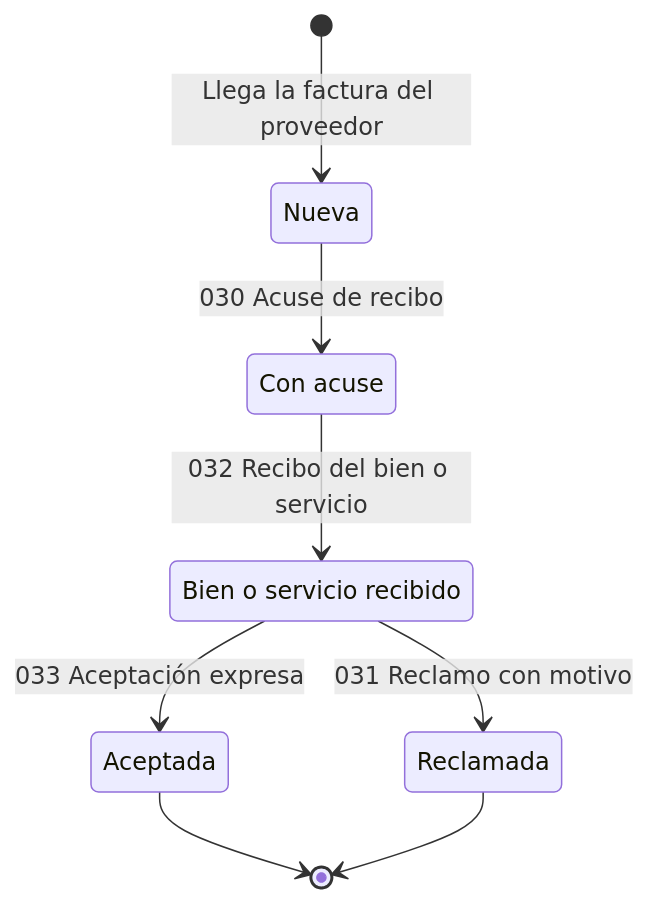
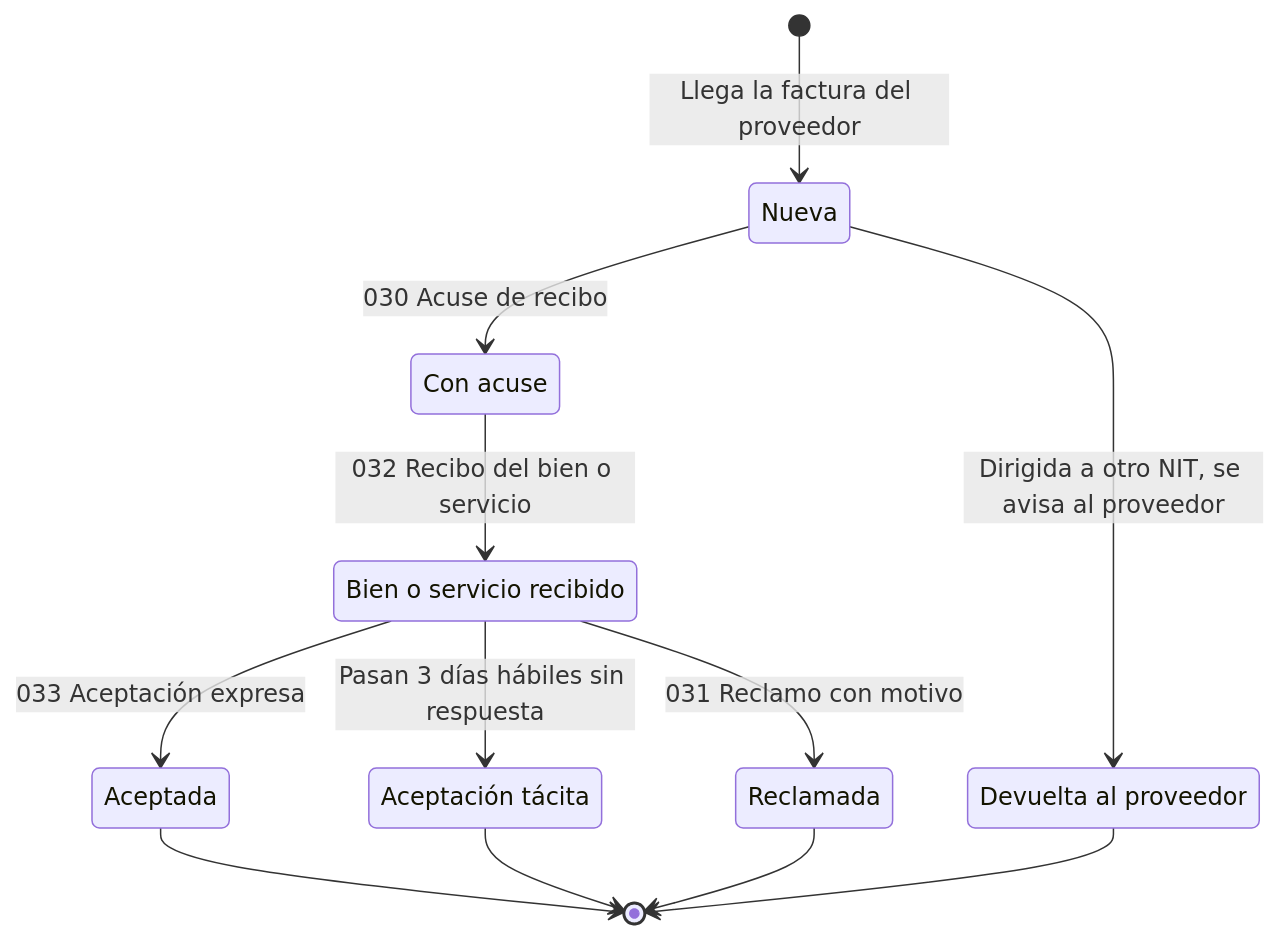
One commit to ronalc90/koptup changed the second of 3 diagrams in docs/wiki/Guia-Demo-facturacion-electronica.md. Above: the diagram before and after it, drawn with Mermaid. The commit also changed other lines of this file and 37 other files, not shown here.

````diff
--- a/docs/wiki/Guia-Demo-facturacion-electronica.md
+++ b/docs/wiki/Guia-Demo-facturacion-electronica.md
@@ -220,15 +244,21 @@
 ```mermaid
 stateDiagram-v2
     state "Nueva" as N
     state "Con acuse" as AC
     state "Bien o servicio recibido" as BR
     state "Aceptada" as OK
+    state "Aceptación tácita" as TA
     state "Reclamada" as RC
+    state "Devuelta al proveedor" as DV
     [*] --> N: Llega la factura del proveedor
     N --> AC: 030 Acuse de recibo
     AC --> BR: 032 Recibo del bien o servicio
     BR --> OK: 033 Aceptación expresa
     BR --> RC: 031 Reclamo con motivo
+    BR --> TA: Pasan 3 días hábiles sin respuesta
+    N --> DV: Dirigida a otro NIT, se avisa al proveedor
     OK --> [*]
+    TA --> [*]
     RC --> [*]
+    DV --> [*]
 ```
````
